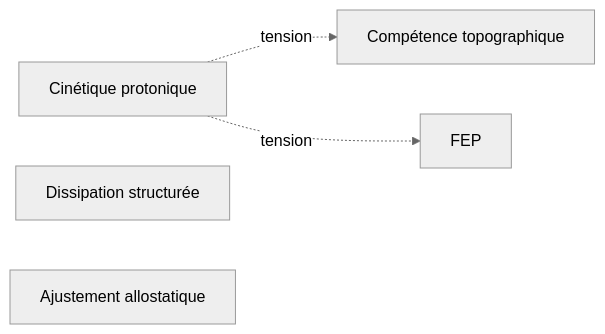
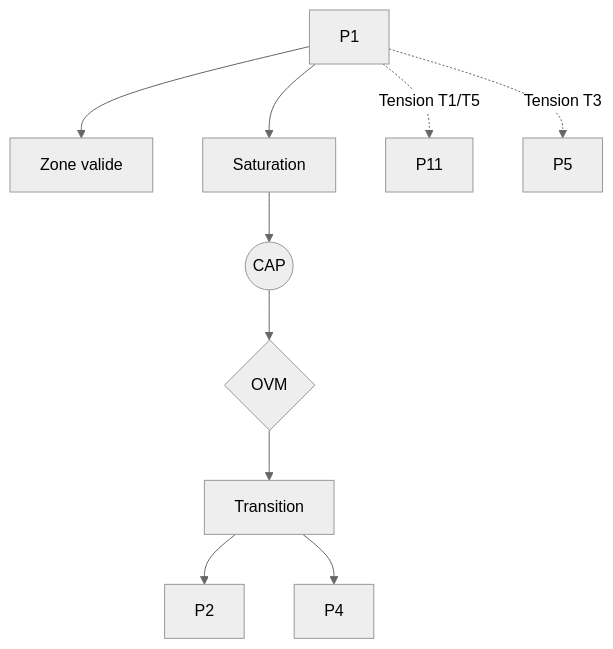
One commit to newgeko/protokin changed the diagram in piliers/P1_cinetique_protonique.md. Above: the diagram before and after it, drawn with Mermaid (neutral theme). The commit also changed other lines of this file, not shown here.

````diff
--- a/piliers/P1_cinetique_protonique.md
+++ b/piliers/P1_cinetique_protonique.md
@@ -110,12 +314,18 @@
 ```mermaid
-graph LR
+graph TD
 
-P1[Cinétique protonique]
-P2[Dissipation structurée]
-P3[Ajustement allostatique]
-P4[Compétence topographique]
-P5[FEP]
+P[P1]
 
-P1 -. tension .-> P4
-P1 -. tension .-> P5
+P --> V[Zone valide]
+P --> S[Saturation]
+
+S --> CAP((CAP))
+CAP --> OVM{OVM}
+OVM --> T[Transition]
+
+T --> P2[P2]
+T --> P4[P4]
+
+P -. Tension T1/T5 .-> P11[P11]
+P -. Tension T3 .-> P5[P5]
 ```
````
